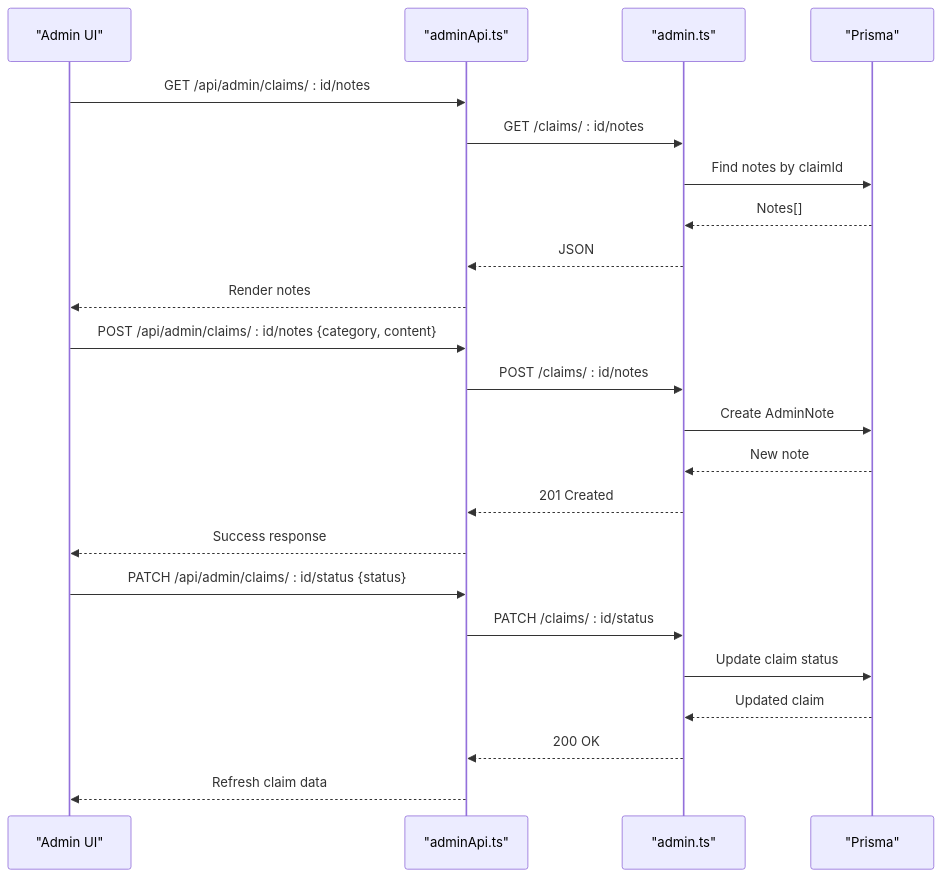
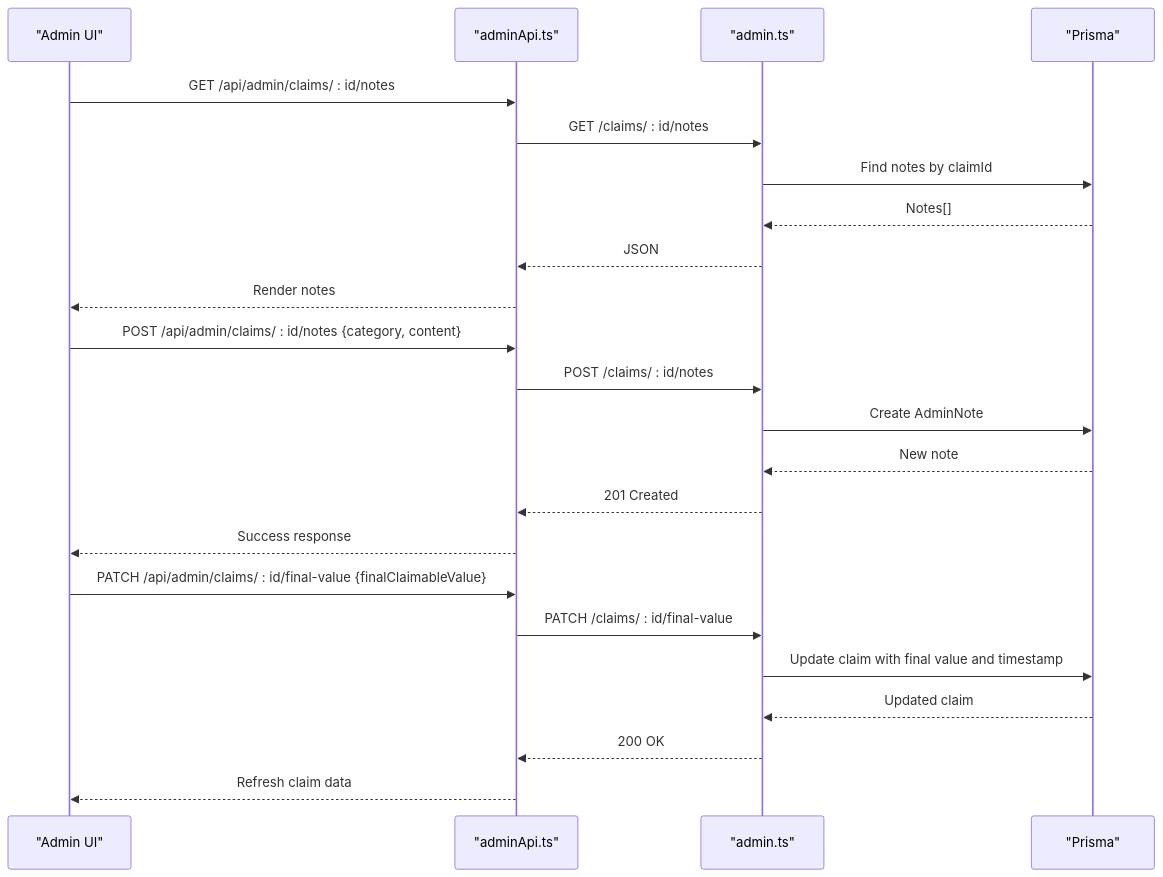
One commit to NaveenHiranya/Smart-Vehicle-Insurance-Claim-System changed the fifth of 7 diagrams in .qoder/repowiki/en/content/Frontend Documentation/Pages and Views/Admin Pages/Admin Note System.md. Above: the diagram before and after it, drawn with Mermaid. The commit also changed other lines of this file and 31 other files, not shown here.

````diff
--- a/.qoder/repowiki/en/content/Frontend Documentation/Pages and Views/Admin Pages/Admin Note System.md
+++ b/.qoder/repowiki/en/content/Frontend Documentation/Pages and Views/Admin Pages/Admin Note System.md
@@ -231,25 +262,25 @@
 ```mermaid
 sequenceDiagram
 participant FE as "Admin UI"
 participant API as "adminApi.ts"
 participant RT as "admin.ts"
 participant DB as "Prisma"
 FE->>API : GET /api/admin/claims/ : id/notes
 API->>RT : GET /claims/ : id/notes
 RT->>DB : Find notes by claimId
 DB-->>RT : Notes[]
 RT-->>API : JSON
 API-->>FE : Render notes
 FE->>API : POST /api/admin/claims/ : id/notes {category, content}
 API->>RT : POST /claims/ : id/notes
 RT->>DB : Create AdminNote
 DB-->>RT : New note
 RT-->>API : 201 Created
 API-->>FE : Success response
-FE->>API : PATCH /api/admin/claims/ : id/status {status}
-API->>RT : PATCH /claims/ : id/status
-RT->>DB : Update claim status
+FE->>API : PATCH /api/admin/claims/ : id/final-value {finalClaimableValue}
+API->>RT : PATCH /claims/ : id/final-value
+RT->>DB : Update claim with final value and timestamp
 DB-->>RT : Updated claim
 RT-->>API : 200 OK
 API-->>FE : Refresh claim data
 ```
````
